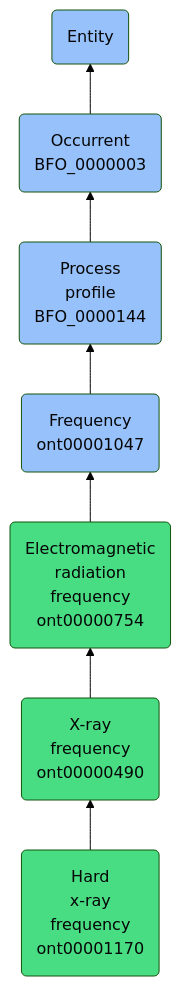
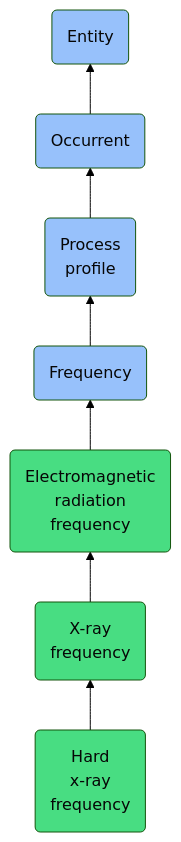
Before and after one commit to jupyter-naas/abi: the diagram in docs/ontology/reference/model/Entity/Occurrent/Process profile/Frequency/Electromagnetic radiation frequency/X-ray frequency/Hard x-ray frequency/Hard x-ray frequency.md, drawn with Mermaid (forest theme). The commit also changed other lines of this file and 1430 other files, not shown here.

````diff
--- a/docs/ontology/reference/model/Entity/Occurrent/Process profile/Frequency/Electromagnetic radiation frequency/X-ray frequency/Hard x-ray frequency/Hard x-ray frequency.md
+++ b/docs/ontology/reference/model/Entity/Occurrent/Process profile/Frequency/Electromagnetic radiation frequency/X-ray frequency/Hard x-ray frequency/Hard x-ray frequency.md
@@ -24,14 +24,14 @@
 ```mermaid
 graph BT
-    ont00001170(Hard<br>x-ray<br>frequency<br>ont00001170):::ABI-->ont00000490
-    ont00000490(X-ray<br>frequency<br>ont00000490):::ABI-->ont00000754
-    ont00000754(Electromagnetic<br>radiation<br>frequency<br>ont00000754):::ABI-->ont00001047
-    ont00001047(Frequency<br>ont00001047):::BFO-->BFO_0000144
-    BFO_0000144(Process<br>profile<br>BFO_0000144):::BFO-->BFO_0000003
-    BFO_0000003(Occurrent<br>BFO_0000003):::BFO-->BFO_0000001
+    ont00001170(Hard<br>x-ray<br>frequency):::ABI-->ont00000490
+    ont00000490(X-ray<br>frequency):::ABI-->ont00000754
+    ont00000754(Electromagnetic<br>radiation<br>frequency):::ABI-->ont00001047
+    ont00001047(Frequency):::BFO-->BFO_0000144
+    BFO_0000144(Process<br>profile):::BFO-->BFO_0000003
+    BFO_0000003(Occurrent):::BFO-->BFO_0000001
     BFO_0000001(Entity):::BFO
     
     classDef BFO fill:#97c1fb,color:#060606
     classDef CCO fill:#e4c51e,color:#060606
     classDef ABI fill:#48DD82,color:#060606
 ```
````
